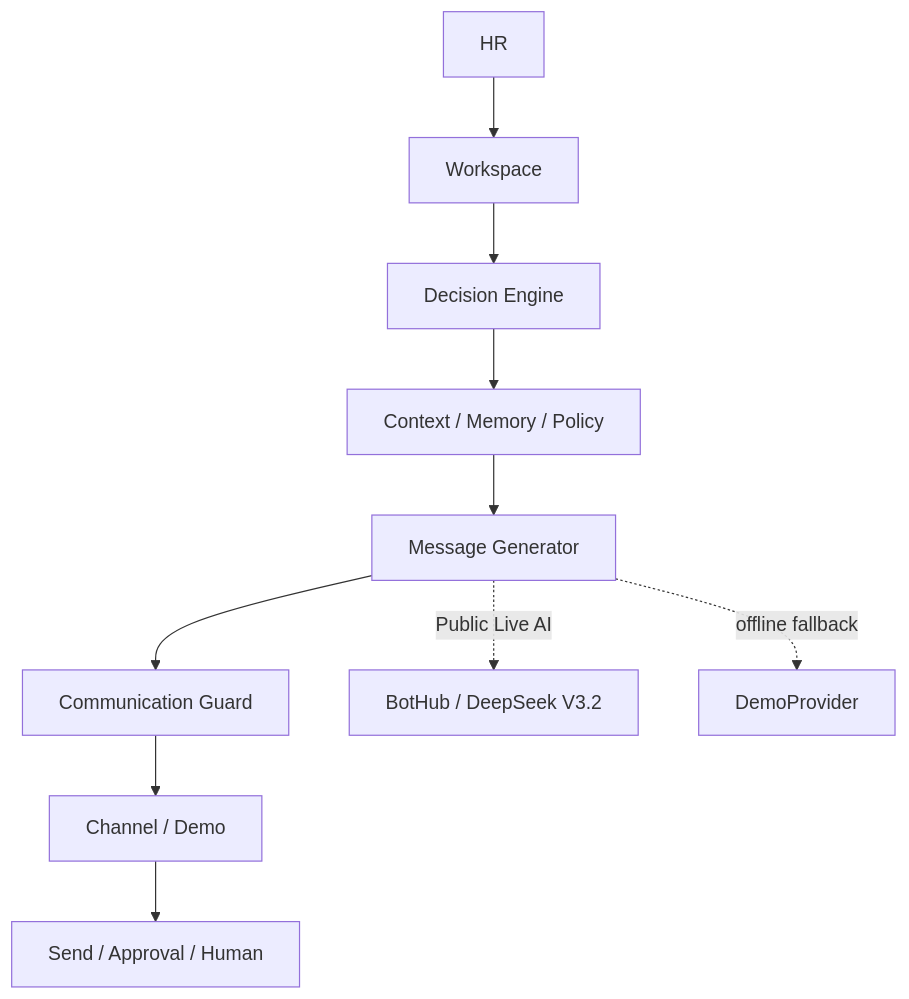
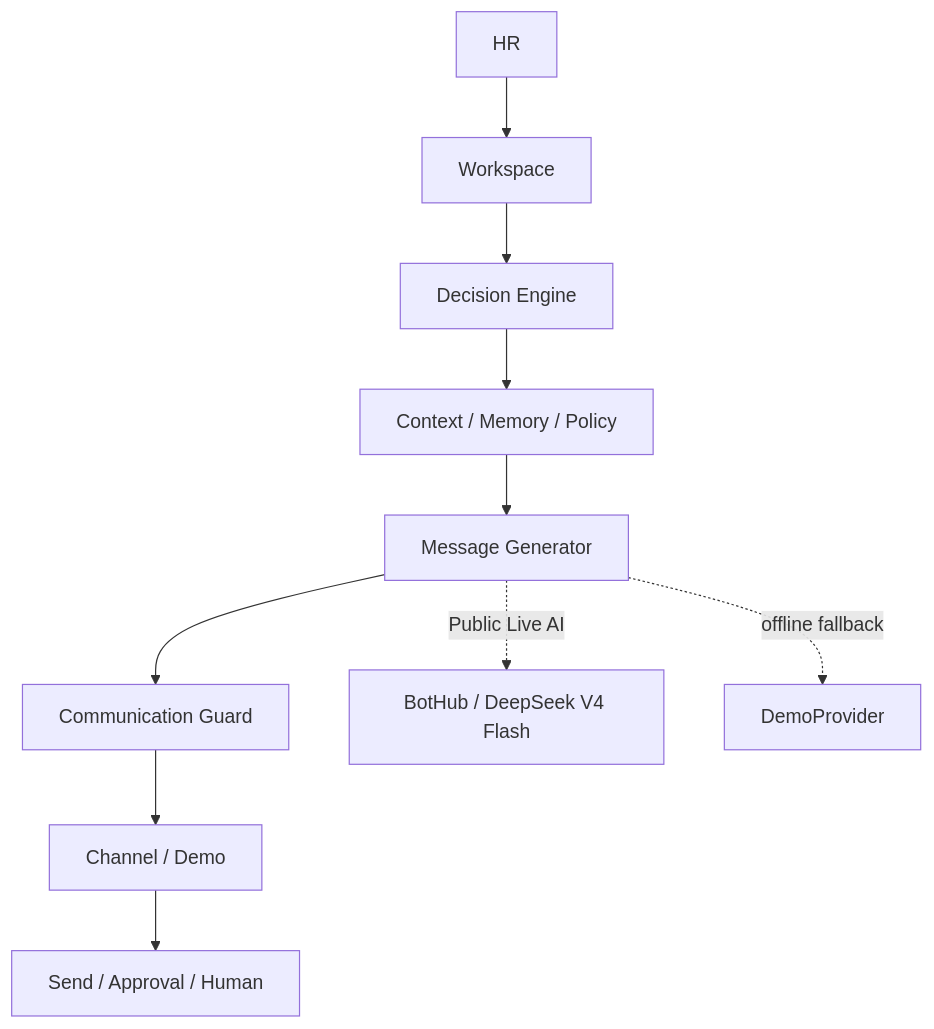
The first of 2 diagrams in docs/ARCHITECTURE.md (SpNkd/hyumanli-hr-assistant), drawn with Mermaid before and after one commit. The commit also changed 6 other files, not shown here.

````diff
--- a/docs/ARCHITECTURE.md
+++ b/docs/ARCHITECTURE.md
@@ -9,12 +9,12 @@
 ```mermaid
 flowchart TD
   HR[HR] --> Workspace[Workspace]
   Workspace --> Decision[Decision Engine]
   Decision --> Context[Context / Memory / Policy]
   Context --> Generator[Message Generator]
   Generator --> Guard[Communication Guard]
   Guard --> Channel[Channel / Demo]
   Channel --> Result[Send / Approval / Human]
-  Generator -. Public Live AI .-> Live[BotHub / DeepSeek V3.2]
+  Generator -. Public Live AI .-> Live[BotHub / DeepSeek V4 Flash]
   Generator -. offline fallback .-> Demo[DemoProvider]
 ```
````
